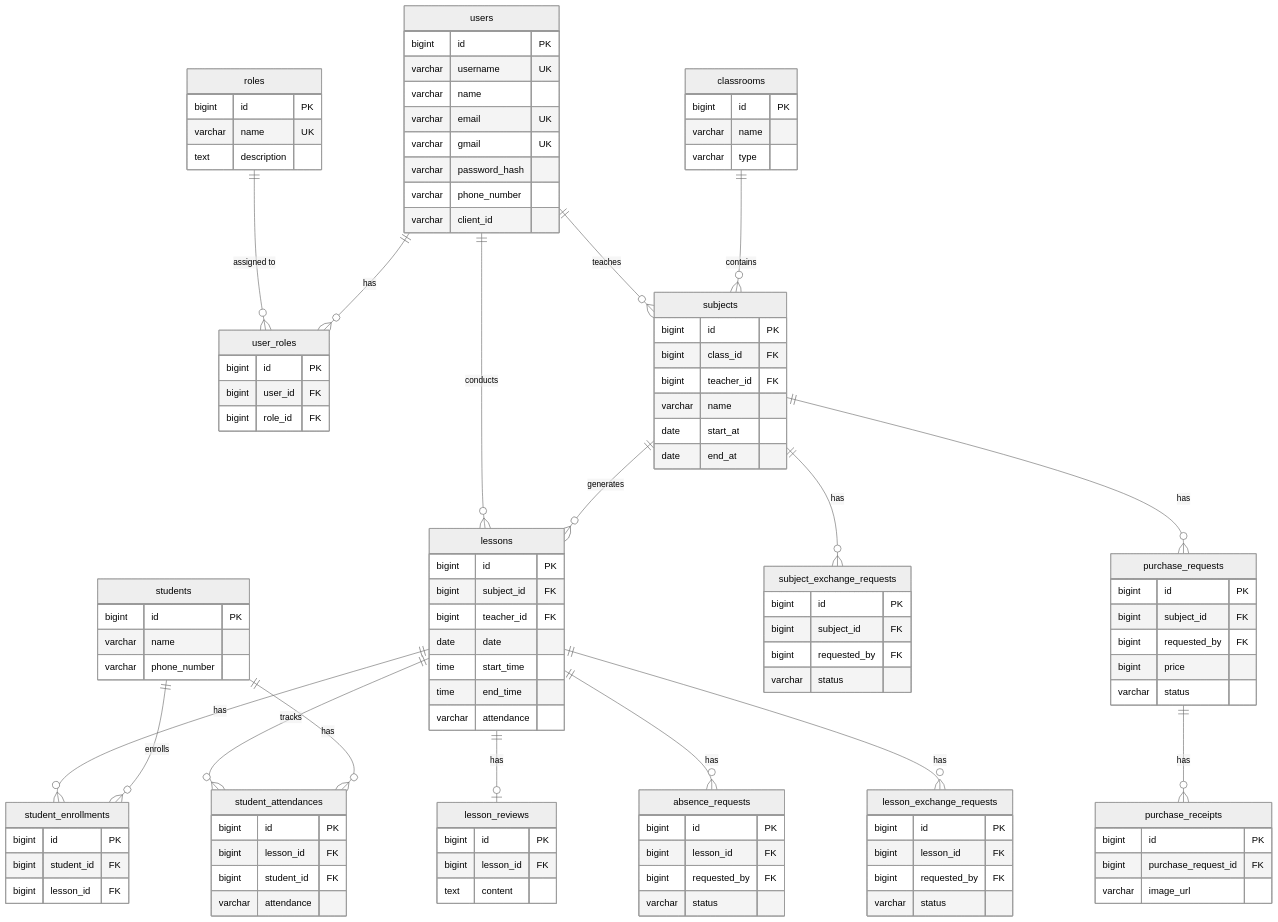
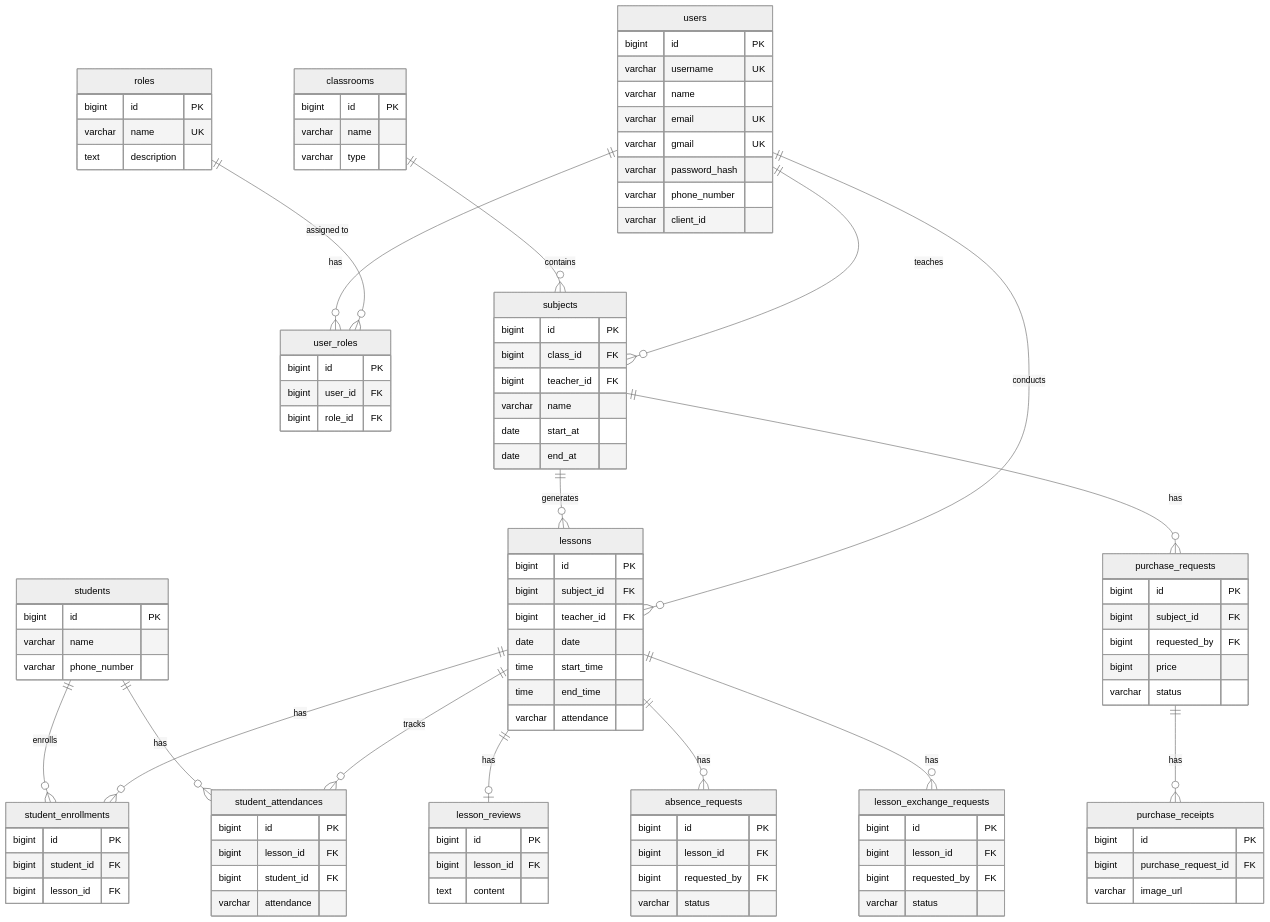
One commit to Geumjeongyahak/Backend changed the diagram in docs/data_model.md. Above: the diagram before and after it, drawn with Mermaid (neutral theme). The commit also changed other lines of this file and 20 other files, not shown here.

```diff
--- a/docs/data_model.md
+++ b/docs/data_model.md
@@ -78,7 +77,6 @@
     %% 요청들
     lessons ||--o{ absence_requests : "has"
     lessons ||--o{ lesson_exchange_requests : "has"
-    subjects ||--o{ subject_exchange_requests : "has"
     subjects ||--o{ purchase_requests : "has"
     purchase_requests ||--o{ purchase_receipts : "has"
 
@@ -170,13 +168,6 @@
         varchar status
     }
 
-    subject_exchange_requests {
-        bigint id PK
-        bigint subject_id FK
-        bigint requested_by FK
-        varchar status
-    }
-
     purchase_requests {
         bigint id PK
         bigint subject_id FK
```
